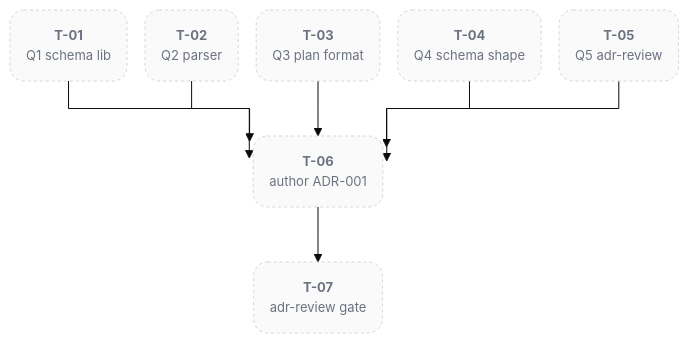
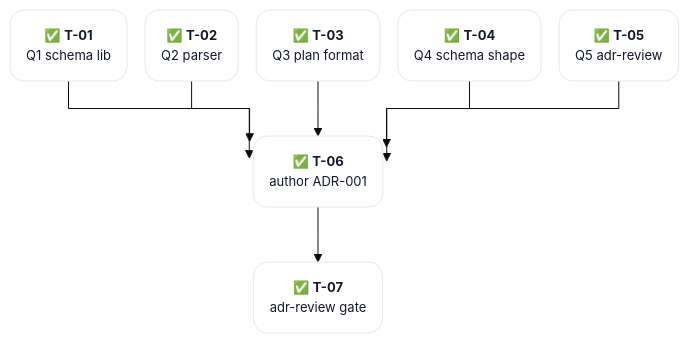
Before and after one commit to acmelabs-15/skills: the second of 10 diagrams in docs/planning/PLAN-001-skills-ecosystem.md, drawn with Mermaid. The commit also changed other lines of this file, not shown here.

````diff
--- a/docs/planning/PLAN-001-skills-ecosystem.md
+++ b/docs/planning/PLAN-001-skills-ecosystem.md
@@ -236,19 +236,19 @@
 ```mermaid
 %%{init: {'theme':'base','flowchart':{'curve':'stepAfter','nodeSpacing':18,'rankSpacing':55,'padding':16,'diagramPadding':20,'htmlLabels':true},'themeVariables':{'fontFamily':'-apple-system, BlinkMacSystemFont, system-ui, sans-serif','fontSize':'13px'}}}%%
 graph TD
-  classDef pending fill:#fafafa,stroke:#d1d5db,stroke-width:1px,color:#6b7280,stroke-dasharray:3 3,rx:14,ry:14
-  T01("<b>T-01</b><br/><span style='color:#6b7280;font-size:11px'>Q1 schema lib</span>")
-  T02("<b>T-02</b><br/><span style='color:#6b7280;font-size:11px'>Q2 parser</span>")
-  T03("<b>T-03</b><br/><span style='color:#6b7280;font-size:11px'>Q3 plan format</span>")
-  T04("<b>T-04</b><br/><span style='color:#6b7280;font-size:11px'>Q4 schema shape</span>")
-  T05("<b>T-05</b><br/><span style='color:#6b7280;font-size:11px'>Q5 adr-review</span>")
-  T06("<b>T-06</b><br/><span style='color:#6b7280;font-size:11px'>author ADR-001</span>")
-  T07("<b>T-07</b><br/><span style='color:#6b7280;font-size:11px'>adr-review gate</span>")
+  classDef done fill:#ffffff,stroke:#e5e7eb,stroke-width:1px,color:#111827,rx:14,ry:14
+  T01("✅ <b>T-01</b><br/><span style='color:#6b7280;font-size:11px'>Q1 schema lib</span>")
+  T02("✅ <b>T-02</b><br/><span style='color:#6b7280;font-size:11px'>Q2 parser</span>")
+  T03("✅ <b>T-03</b><br/><span style='color:#6b7280;font-size:11px'>Q3 plan format</span>")
+  T04("✅ <b>T-04</b><br/><span style='color:#6b7280;font-size:11px'>Q4 schema shape</span>")
+  T05("✅ <b>T-05</b><br/><span style='color:#6b7280;font-size:11px'>Q5 adr-review</span>")
+  T06("✅ <b>T-06</b><br/><span style='color:#6b7280;font-size:11px'>author ADR-001</span>")
+  T07("✅ <b>T-07</b><br/><span style='color:#6b7280;font-size:11px'>adr-review gate</span>")
   T01 --> T06
   T02 --> T06
   T03 --> T06
   T04 --> T06
   T05 --> T06
   T06 --> T07
-  class T01,T02,T03,T04,T05,T06,T07 pending
+  class T01,T02,T03,T04,T05,T06,T07 done
 ```
````
